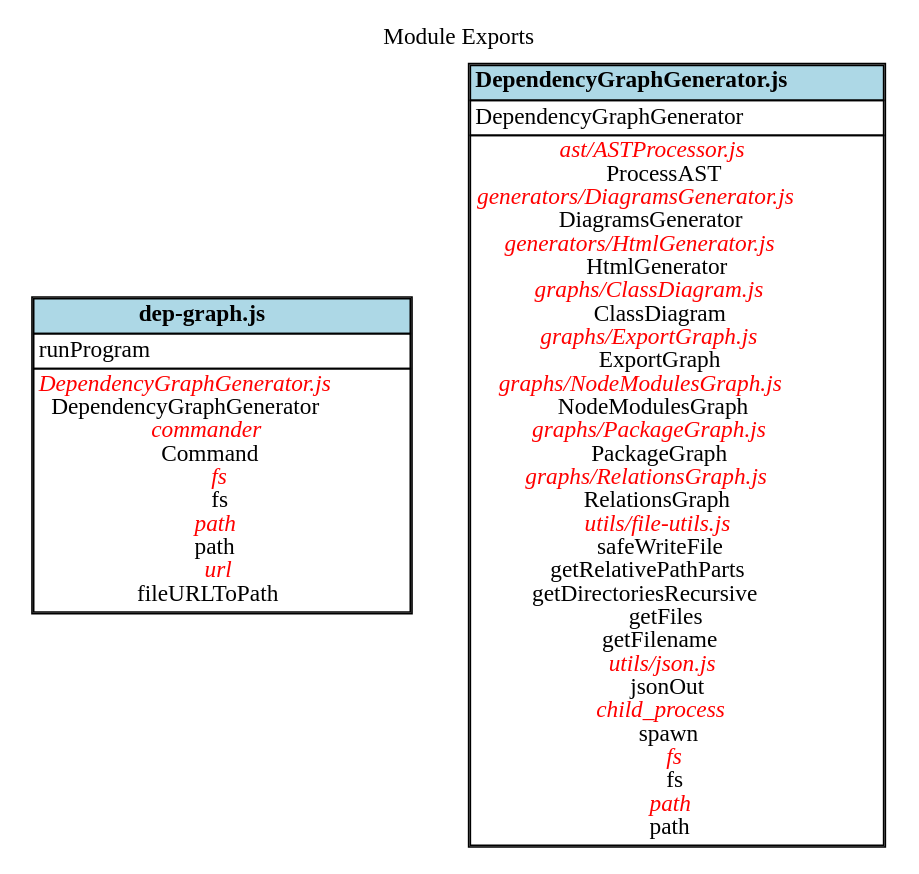
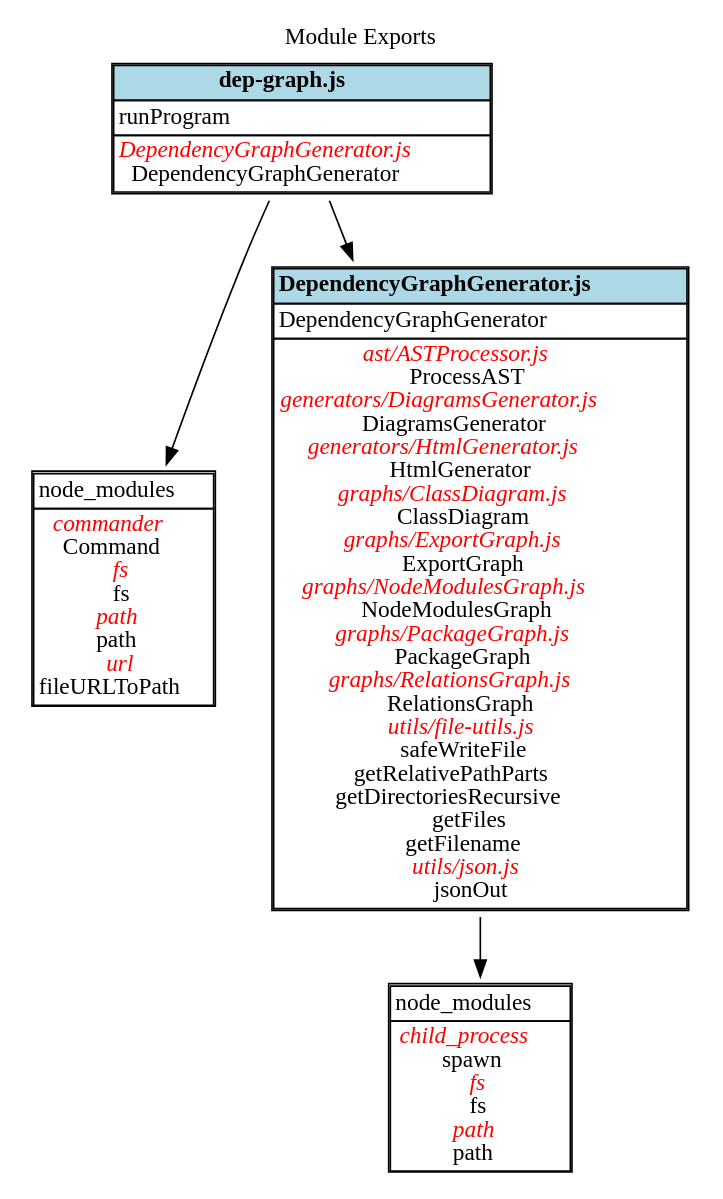
The diagram in docs/ExportGraph.dot (fleebe/dep-graph), drawn with Graphviz before and after one commit. The commit also changed 21 other files, not shown here.

Commit message:
IMplemented node_moduels in Modeul Export and made sure the code completes the generation of SVG files before it tries to create diagrams.html

```diff
--- a/docs/ExportGraph.dot
+++ b/docs/ExportGraph.dot
@@ -1,61 +1,72 @@
 digraph {label=" Module Exports";
 labelloc="t";
-"dep-graph.js" [shape=none, label=<<TABLE cellspacing="0" cellborder="1">
+"dep-graph.js" [shape = none, label =<<TABLE cellspacing="0" cellborder="1" align="left">
 <TR><TD bgcolor="lightblue" align="center"><B>dep-graph.js</B></TD></TR>
 <TR><TD align="left">
 runProgram<BR/>
 </TD></TR>
 <TR><TD align="center">
 <font color="red"><I>DependencyGraphGenerator.js</I></font><BR/>
 DependencyGraphGenerator<BR/>
+</TD></TR>
+</TABLE>>];
+"dep-graph.js-node_modules" [shape = none, label =<<TABLE cellspacing="0" cellborder="1" align="left">
+<TR><TD>node_modules</TD></TR>
+<TR><TD align="center">
 <font color="red"><I>commander</I></font><BR/>
 Command<BR/>
 <font color="red"><I>fs</I></font><BR/>
 fs<BR/>
 <font color="red"><I>path</I></font><BR/>
 path<BR/>
 <font color="red"><I>url</I></font><BR/>
 fileURLToPath<BR/>
 </TD></TR>
 </TABLE>>];
-
-"DependencyGraphGenerator.js" [shape=none, label=<<TABLE cellspacing="0" cellborder="1">
+"dep-graph.js"->"dep-graph.js-node_modules"
+"DependencyGraphGenerator.js" [shape = none, label =<<TABLE cellspacing="0" cellborder="1" align="left">
 <TR><TD bgcolor="lightblue" align="center"><B>DependencyGraphGenerator.js</B></TD></TR>
 <TR><TD align="left">
 DependencyGraphGenerator<BR/>
 </TD></TR>
 <TR><TD align="center">
 <font color="red"><I>ast/ASTProcessor.js</I></font><BR/>
 ProcessAST<BR/>
 <font color="red"><I>generators/DiagramsGenerator.js</I></font><BR/>
 DiagramsGenerator<BR/>
 <font color="red"><I>generators/HtmlGenerator.js</I></font><BR/>
 HtmlGenerator<BR/>
 <font color="red"><I>graphs/ClassDiagram.js</I></font><BR/>
 ClassDiagram<BR/>
 <font color="red"><I>graphs/ExportGraph.js</I></font><BR/>
 ExportGraph<BR/>
 <font color="red"><I>graphs/NodeModulesGraph.js</I></font><BR/>
 NodeModulesGraph<BR/>
 <font color="red"><I>graphs/PackageGraph.js</I></font><BR/>
 PackageGraph<BR/>
 <font color="red"><I>graphs/RelationsGraph.js</I></font><BR/>
 RelationsGraph<BR/>
 <font color="red"><I>utils/file-utils.js</I></font><BR/>
 safeWriteFile<BR/>
 getRelativePathParts<BR/>
 getDirectoriesRecursive<BR/>
 getFiles<BR/>
 getFilename<BR/>
 <font color="red"><I>utils/json.js</I></font><BR/>
 jsonOut<BR/>
+</TD></TR>
+</TABLE>>];
+"DependencyGraphGenerator.js-node_modules" [shape = none, label =<<TABLE cellspacing="0" cellborder="1" align="left">
+<TR><TD>node_modules</TD></TR>
+<TR><TD align="center">
 <font color="red"><I>child_process</I></font><BR/>
 spawn<BR/>
 <font color="red"><I>fs</I></font><BR/>
 fs<BR/>
 <font color="red"><I>path</I></font><BR/>
 path<BR/>
 </TD></TR>
 </TABLE>>];
-
+"DependencyGraphGenerator.js"->"DependencyGraphGenerator.js-node_modules"
+"dep-graph.js"->"DependencyGraphGenerator.js";
 }
```
